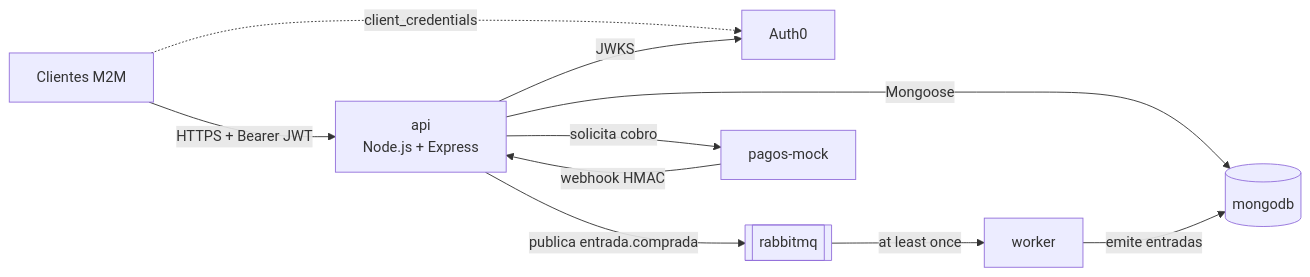
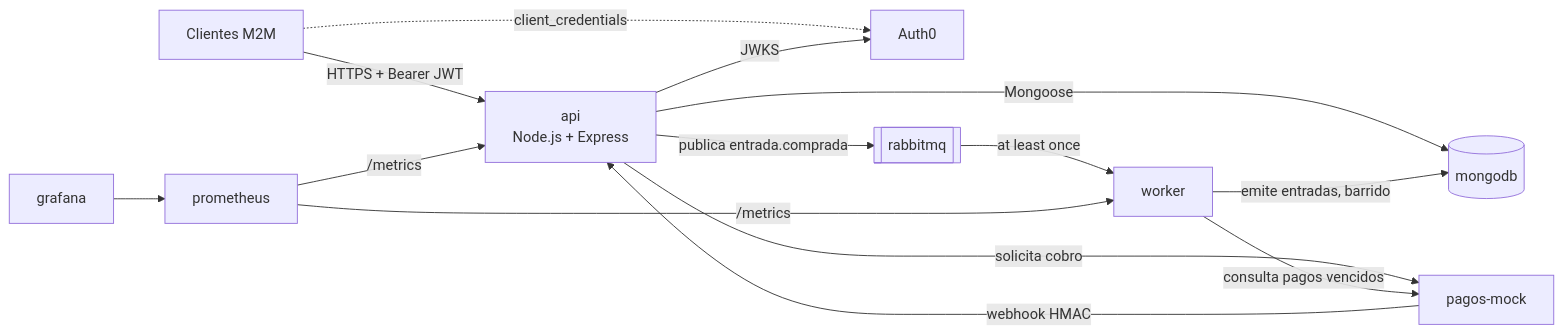
Before and after one commit to Juan-C-Ceballos/iaew-eventos-entradas: the diagram in README.md, drawn with Mermaid. The commit also changed other lines of this file and 5 other files, not shown here.

````diff
--- a/README.md
+++ b/README.md
@@ -35,12 +37,16 @@
 ```mermaid
 flowchart LR
   clientes["Clientes M2M"] -->|"HTTPS + Bearer JWT"| api["api<br/>Node.js + Express"]
   clientes -.->|"client_credentials"| auth0["Auth0"]
   api -->|"JWKS"| auth0
   api -->|"Mongoose"| mongodb[("mongodb")]
   api -->|"publica entrada.comprada"| rabbitmq[["rabbitmq"]]
   api -->|"solicita cobro"| pagos["pagos-mock"]
   pagos -->|"webhook HMAC"| api
   rabbitmq -->|"at least once"| worker["worker"]
-  worker -->|"emite entradas"| mongodb
+  worker -->|"emite entradas, barrido"| mongodb
+  worker -->|"consulta pagos vencidos"| pagos
+  prometheus["prometheus"] -->|"/metrics"| api
+  prometheus -->|"/metrics"| worker
+  grafana["grafana"] --> prometheus
 ```
````
